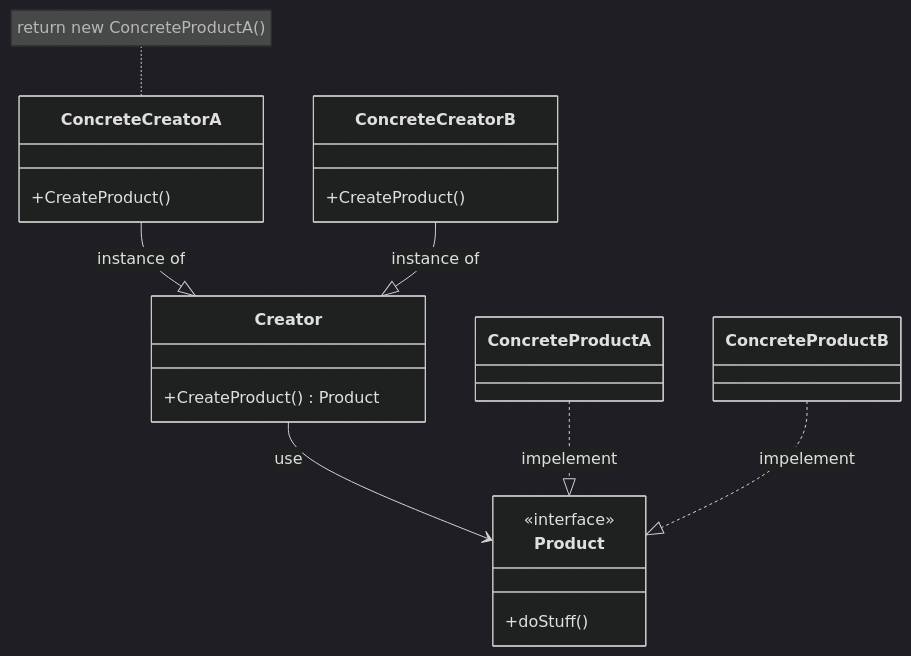
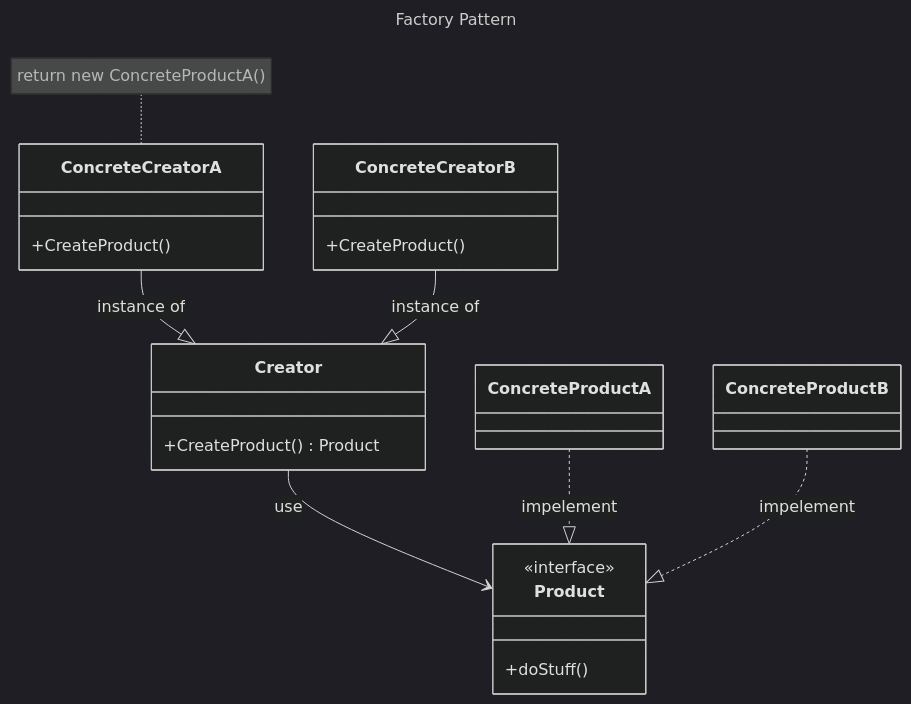
One commit to nahuelDev23/mermaid changed the diagram in readme.md. Above: the diagram before and after it, drawn with Mermaid (dark theme).

````diff
--- a/readme.md
+++ b/readme.md
@@ -1,37 +1,37 @@
 ```mermaid
 ---
-title Factory Pattern
+title: Factory Pattern
 ---
 classDiagram
  
  class Creator{
  +CreateProduct() Product
  }
  
   class Product{
   +doStuff()
  }
  <<interface>> Product
  
  Creator --> Product : use
  
  class ConcreteProductA 
  class ConcreteProductB 
  
  ConcreteProductA ..|> Product : impelement
  ConcreteProductB ..|> Product : impelement
  
  class ConcreteCreatorA{
  +CreateProduct()
  }
  
   class ConcreteCreatorB{
  +CreateProduct()
  }
  
  note for ConcreteCreatorA "return new ConcreteProductA()"
  ConcreteCreatorA --|> Creator :instance of
  ConcreteCreatorB --|> Creator :instance of
 
  
 ```
````
